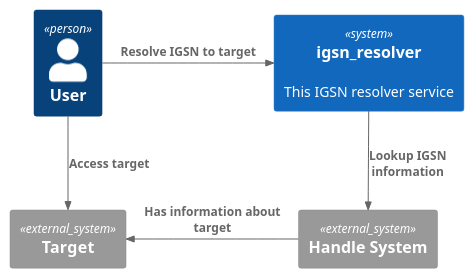
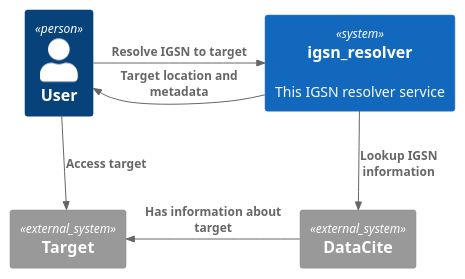
Before and after one commit to datadavev/igsn_resolver: the diagram in UML/context.puml, drawn with PlantUML. The commit also changed 2 other files, not shown here.

```diff
--- a/UML/context.puml
+++ b/UML/context.puml
@@ -1,11 +1,12 @@
 @startuml
 !include https://raw.githubusercontent.com/plantuml-stdlib/C4-PlantUML/master/C4_Context.puml
 Person(user, "User")
 System(rigsn, "igsn_resolver", "This IGSN resolver service")
-System_Ext(hdl, "Handle System")
+System_Ext(hdl, "DataCite")
 System_Ext(target, "Target")
 Rel_R(user, rigsn, "Resolve IGSN to target")
+Rel_L(rigsn, user, "Target location and metadata")
 Rel(rigsn, hdl, "Lookup IGSN information")
 Rel(user, target, "Access target")
 Rel_L(hdl, target, "Has information about target")
 @enduml
```
